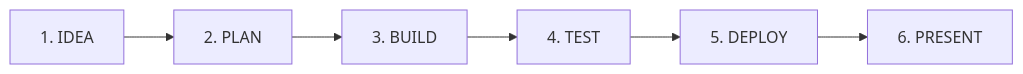
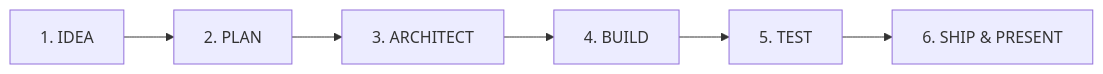
The first of 2 diagrams in README.md (abinivesh-m/buildflow-ai), drawn with Mermaid before and after one commit. The commit also changed other lines of this file and 12 other files, not shown here.

Commit message:
feat: complete Wispr Challenge Track 1 release with Traceability Matrix, Requirements Workspace, Mermaid Architecture, Risk Register, and Kanban Board

````diff
--- a/README.md
+++ b/README.md
@@ -32,8 +47,8 @@
 ```mermaid
 flowchart LR
     A["1. IDEA"] --> B["2. PLAN"]
-    B --> C["3. BUILD"]
-    C --> D["4. TEST"]
-    D --> E["5. DEPLOY"]
-    E --> F["6. PRESENT"]
+    B --> C["3. ARCHITECT"]
+    C --> D["4. BUILD"]
+    D --> E["5. TEST"]
+    E --> F["6. SHIP & PRESENT"]
 ```
````
